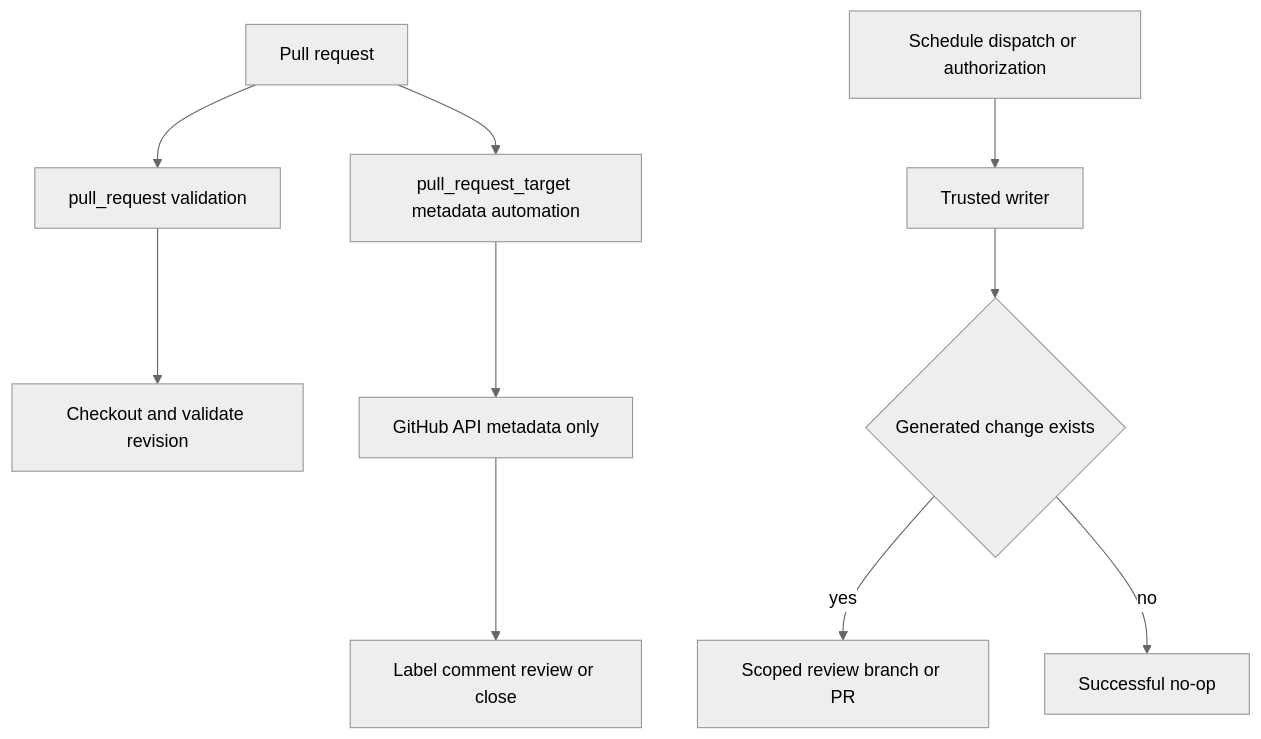
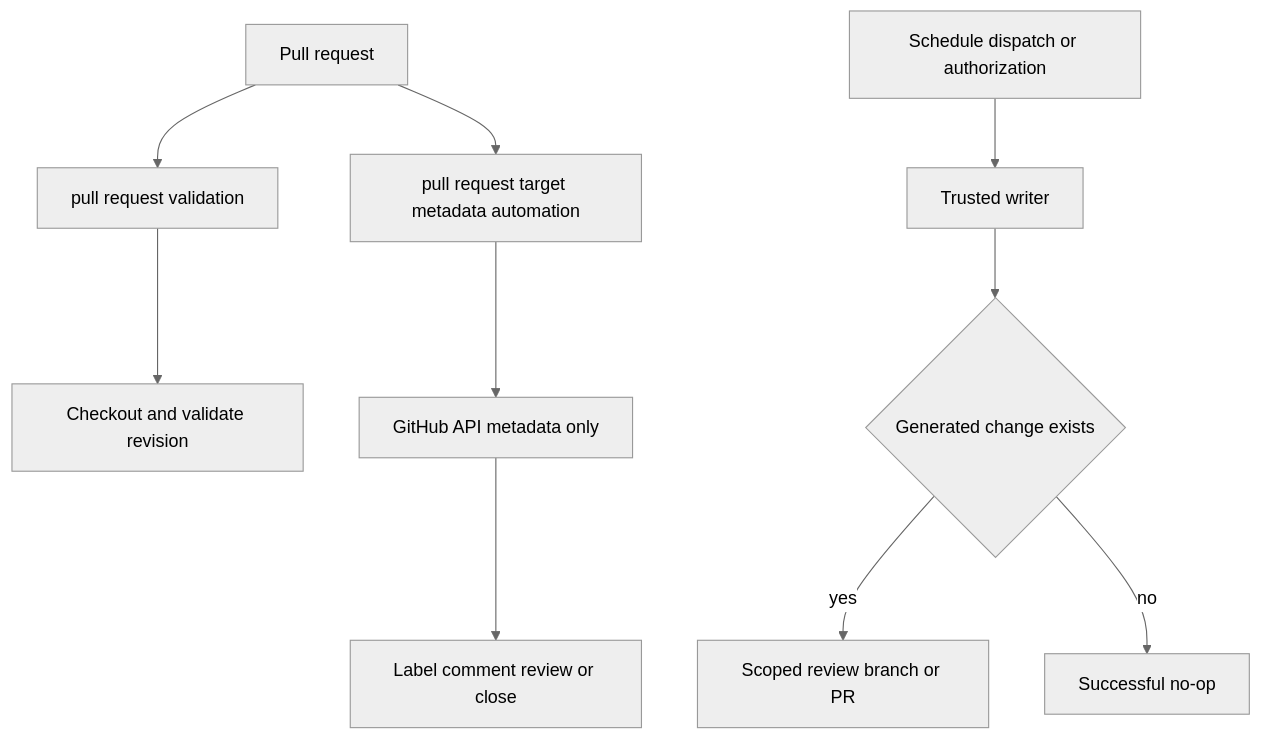
Before and after one commit to langchain-ai/docs: the first of 2 diagrams in openwiki/integrations/github-actions.md, drawn with Mermaid (neutral theme). The commit also changed other lines of this file and 37 other files, not shown here.

````diff
--- a/openwiki/integrations/github-actions.md
+++ b/openwiki/integrations/github-actions.md
@@ -53,12 +57,12 @@
 ```mermaid
 flowchart TD
-  PR["Pull request"] --> Check["pull_request validation"]
-  PR --> Meta["pull_request_target metadata automation"]
+  PR["Pull request"] --> Check["pull request validation"]
+  PR --> Meta["pull request target metadata automation"]
   Check --> Head["Checkout and validate revision"]
   Meta --> API["GitHub API metadata only"]
   API --> Mutate["Label comment review or close"]
   Trusted["Schedule dispatch or authorization"] --> Writer["Trusted writer"]
   Writer --> Change{"Generated change exists"}
   Change -->|"yes"| Review["Scoped review branch or PR"]
   Change -->|"no"| Noop["Successful no-op"]
 ```
````
